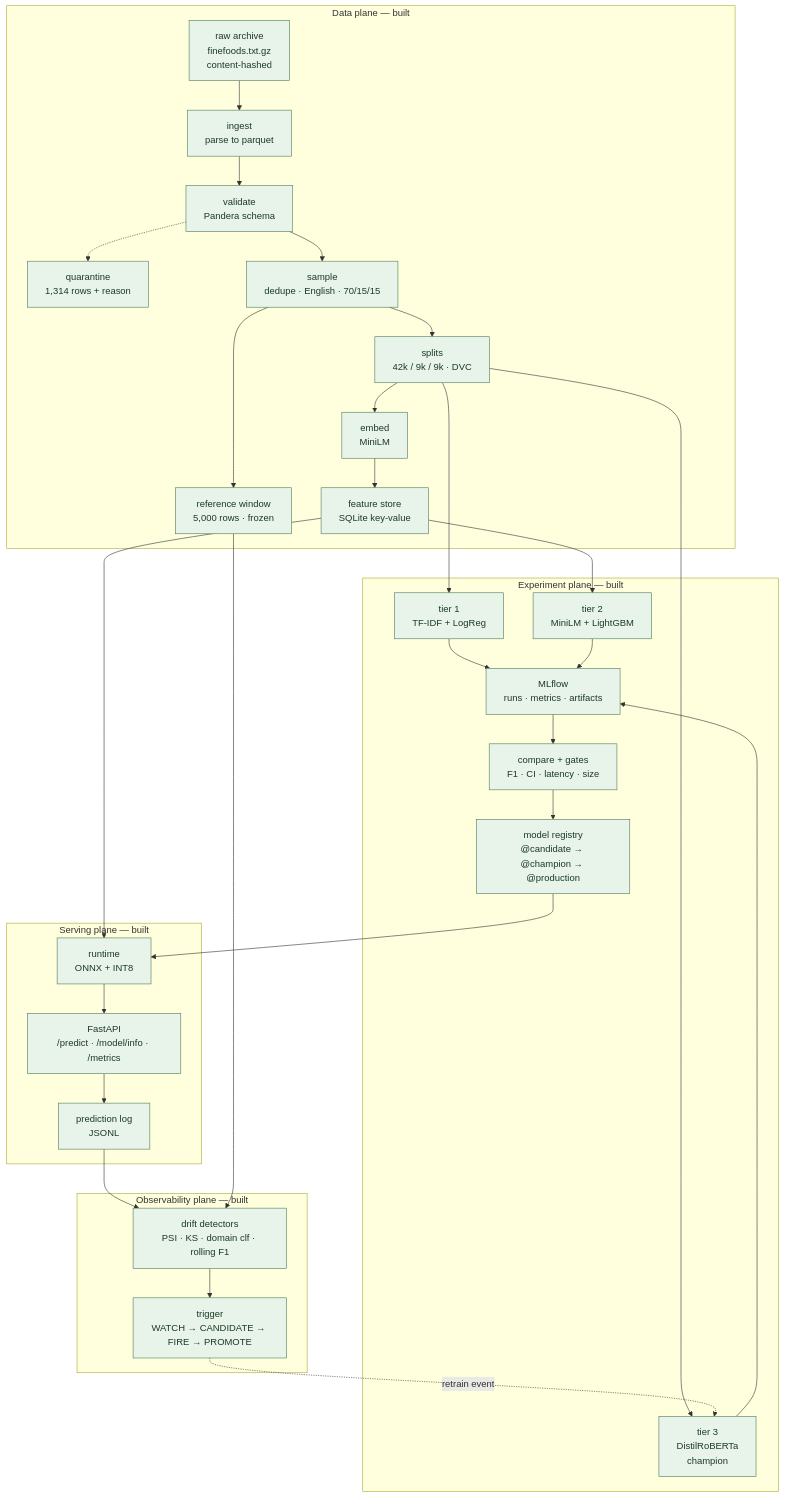
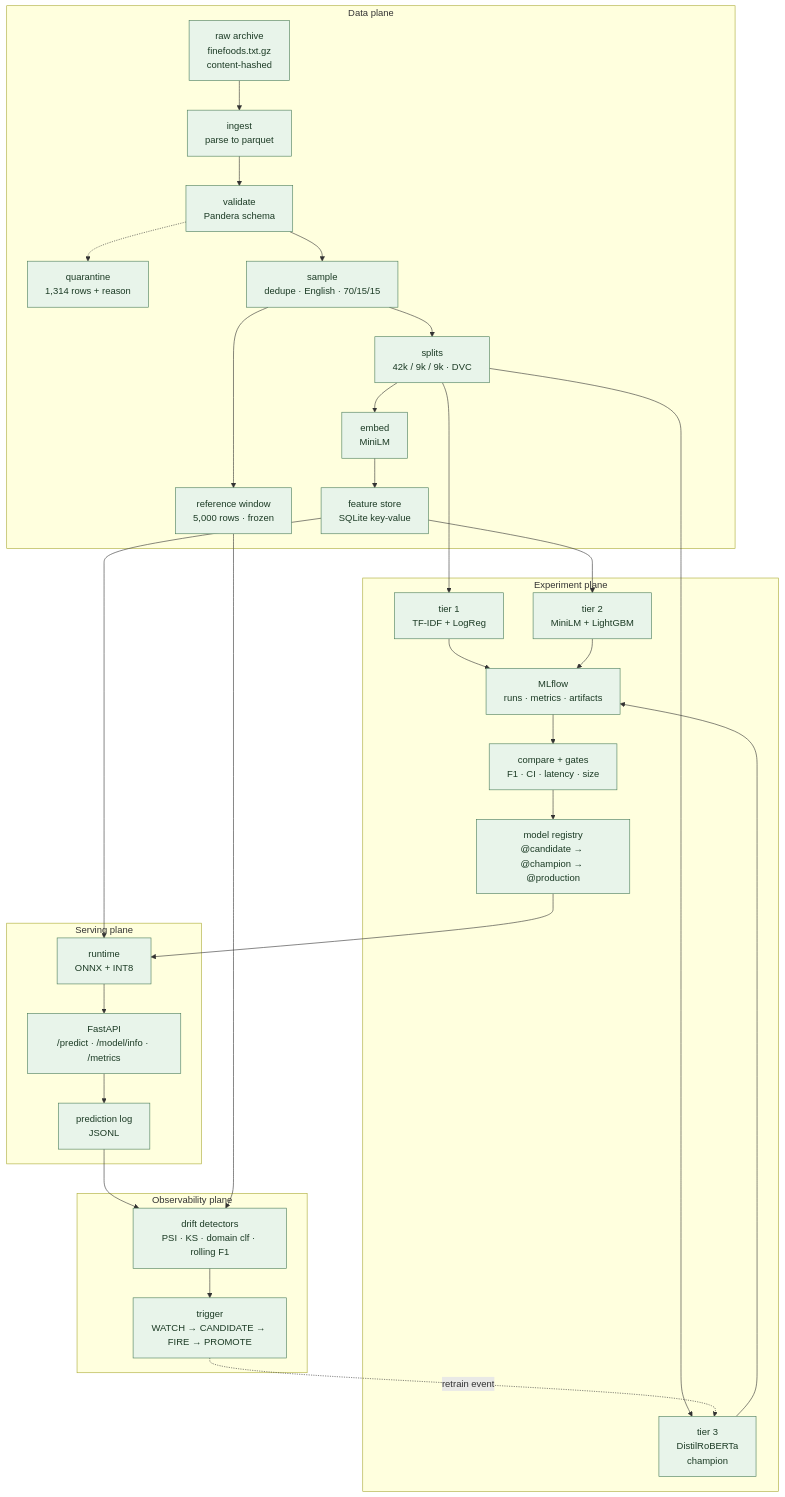
One commit to vkrishnabhatk-bits/moodrift changed the diagram in README.md. Above: the diagram before and after it, drawn with Mermaid. The commit also changed other lines of this file, not shown here.

````diff
--- a/README.md
+++ b/README.md
@@ -96,57 +92,57 @@
 ```mermaid
 flowchart TD
-    subgraph DATA["Data plane — built"]
+    subgraph DATA["Data plane"]
         RAW["raw archive<br/>finefoods.txt.gz<br/>content-hashed"]
         ING["ingest<br/>parse to parquet"]
         VAL["validate<br/>Pandera schema"]
         REJ["quarantine<br/>1,314 rows + reason"]
         SAM["sample<br/>dedupe · English · 70/15/15"]
         SPL["splits<br/>42k / 9k / 9k · DVC"]
         REF["reference window<br/>5,000 rows · frozen"]
         EMB["embed<br/>MiniLM"]
         FS["feature store<br/>SQLite key-value"]
         RAW --> ING --> VAL --> SAM
         VAL -.-> REJ
         SAM --> SPL
         SAM --> REF
         SPL --> EMB --> FS
     end
 
-    subgraph EXP["Experiment plane — built"]
+    subgraph EXP["Experiment plane"]
         T1["tier 1<br/>TF-IDF + LogReg"]
         T2["tier 2<br/>MiniLM + LightGBM"]
         T3["tier 3<br/>DistilRoBERTa<br/>champion"]
         MLF["MLflow<br/>runs · metrics · artifacts"]
         CMP["compare + gates<br/>F1 · CI · latency · size"]
         REG["model registry<br/>@candidate → @champion → @production"]
         T1 --> MLF
         T2 --> MLF
         T3 --> MLF
         MLF --> CMP --> REG
     end
 
-    subgraph SRV["Serving plane — built"]
+    subgraph SRV["Serving plane"]
         RT["runtime<br/>ONNX + INT8"]
         API["FastAPI<br/>/predict · /model/info · /metrics"]
         PLOG["prediction log<br/>JSONL"]
         RT --> API --> PLOG
     end
 
-    subgraph OBS["Observability plane — built"]
+    subgraph OBS["Observability plane"]
         DET["drift detectors<br/>PSI · KS · domain clf · rolling F1"]
         TRG["trigger<br/>WATCH → CANDIDATE → FIRE → PROMOTE"]
         DET --> TRG
     end
 
     SPL --> T1
     SPL --> T3
     FS --> T2
     FS --> RT
     REG --> RT
     PLOG --> DET
     REF --> DET
     TRG -.->|"retrain event"| T3
 
     classDef built fill:#e8f4ea,stroke:#4a7c59,color:#1b3a24
     class RAW,ING,VAL,REJ,SAM,SPL,REF,EMB,FS,T1,T2,T3,MLF,CMP,REG,RT,API,PLOG,DET,TRG built
 ```
````
